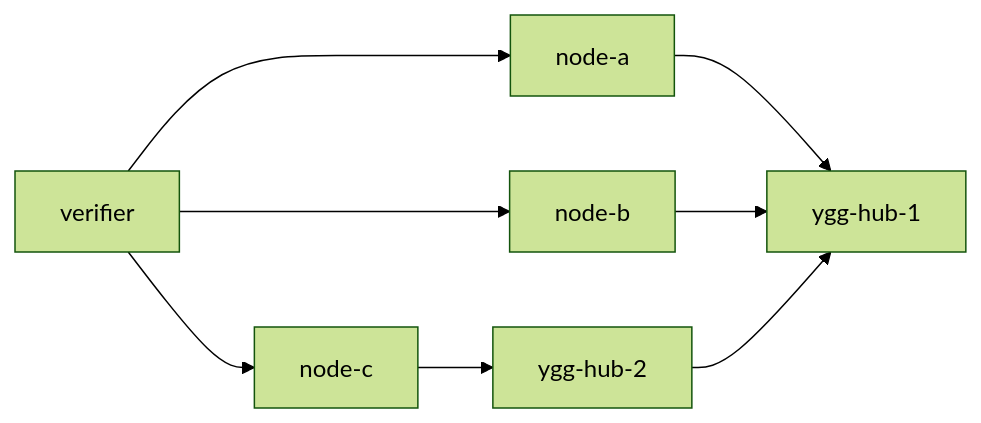
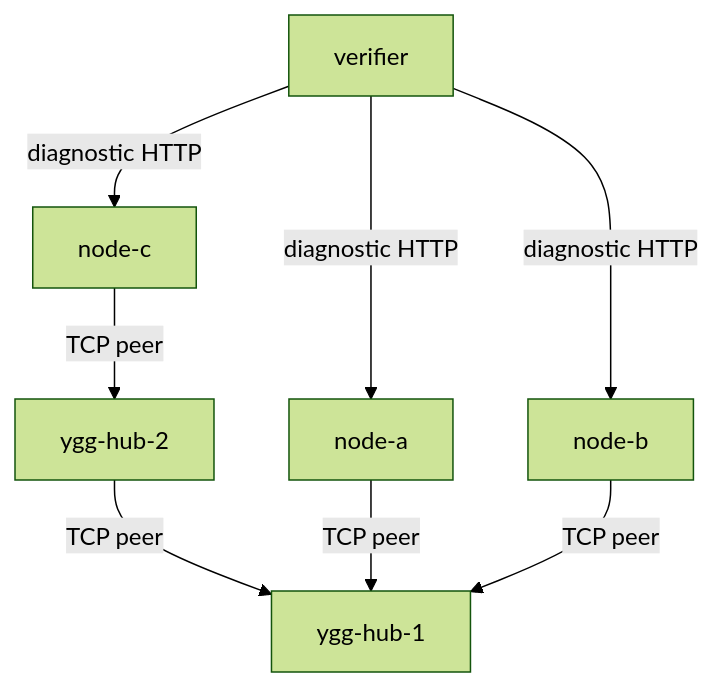
Before and after one commit to voluminor/ratatoskr: the diagram in tests/README.md, drawn with Mermaid (forest theme). The commit also changed other lines of this file and 175 other files, not shown here.

````diff
--- a/tests/README.md
+++ b/tests/README.md
@@ -9,10 +35,17 @@
 ```mermaid
-flowchart LR
-    nodeA["node-a"] --> hub1["ygg-hub-1"]
-    nodeB["node-b"] --> hub1
-    nodeC["node-c"] --> hub2["ygg-hub-2"]
-    hub2 --> hub1
-    verifier["verifier"] --> nodeA
-    verifier --> nodeB
-    verifier --> nodeC
+flowchart TD
+    hub1["ygg-hub-1"]
+    hub2["ygg-hub-2"]
+    nodeA["node-a"]
+    nodeB["node-b"]
+    nodeC["node-c"]
+    verifier["verifier"]
+
+    hub2 -->|TCP peer| hub1
+    nodeA -->|TCP peer| hub1
+    nodeB -->|TCP peer| hub1
+    nodeC -->|TCP peer| hub2
+    verifier -->|diagnostic HTTP| nodeA
+    verifier -->|diagnostic HTTP| nodeB
+    verifier -->|diagnostic HTTP| nodeC
 ```
````
